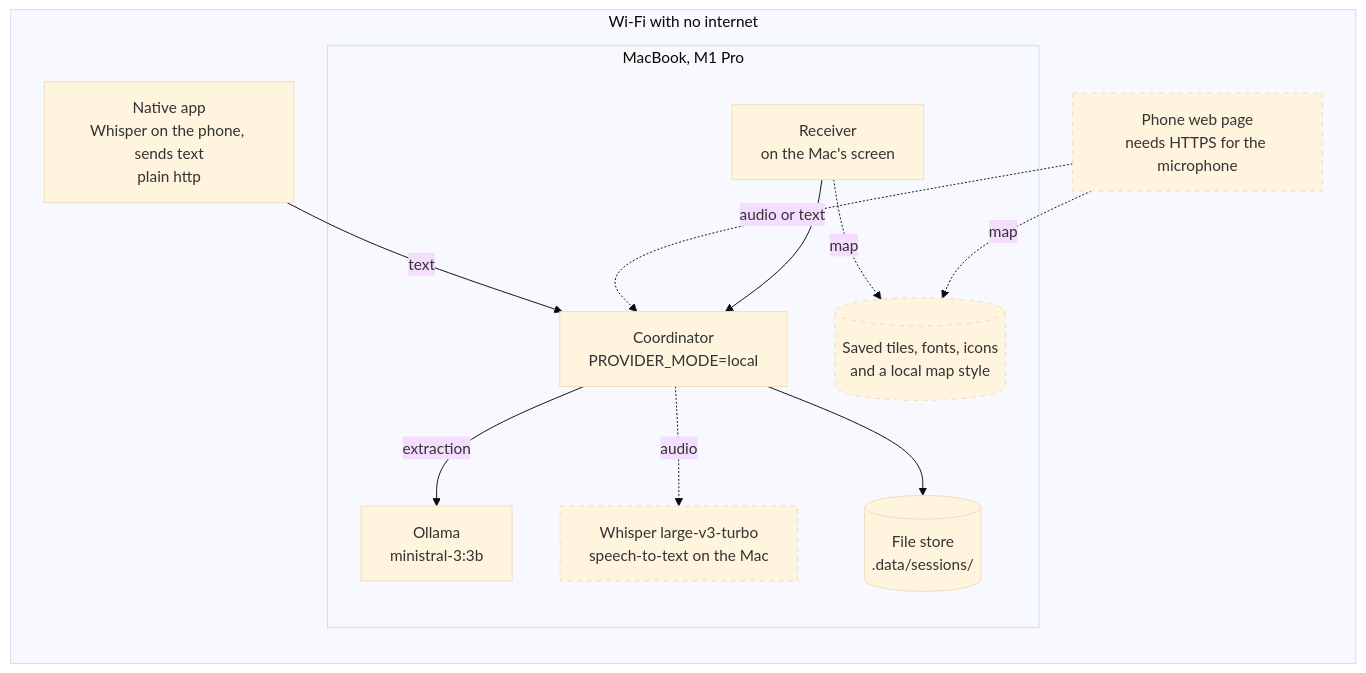
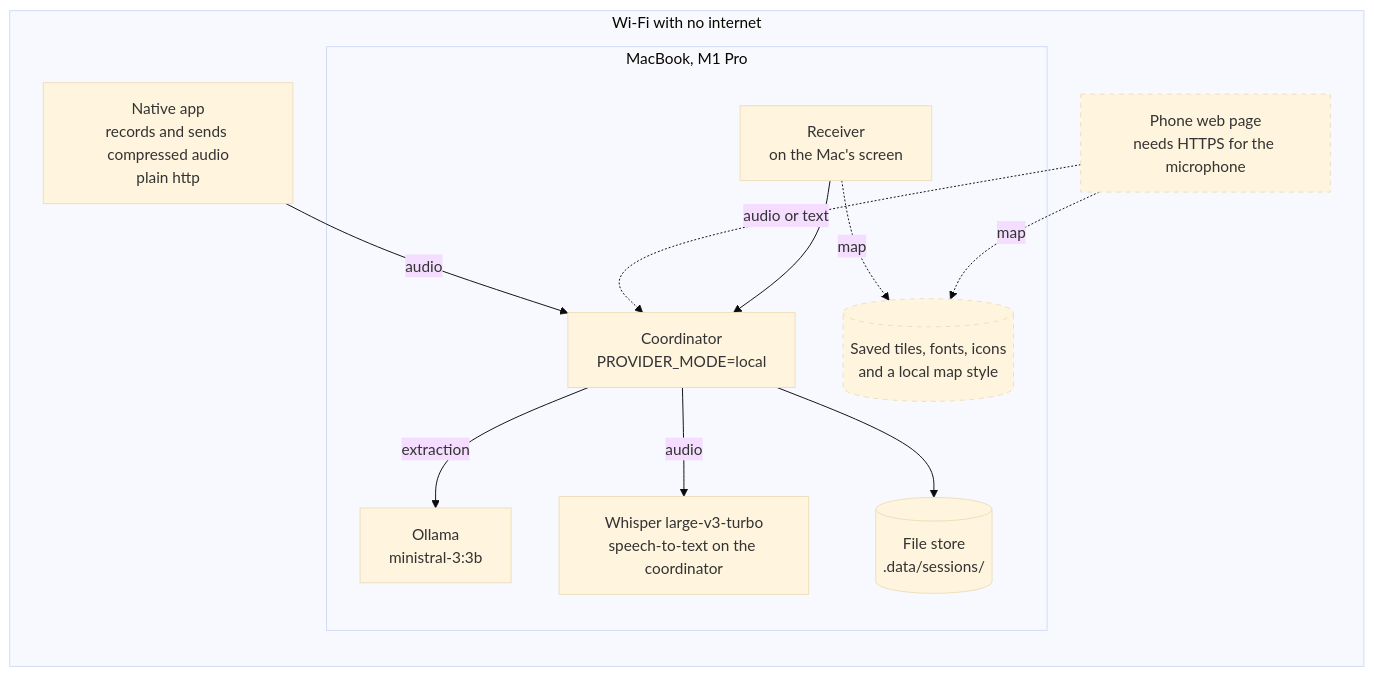
Before and after one commit to adam2765/edth-hackathon: the fifth of 5 diagrams in docs/plan.md, drawn with Mermaid (base theme). The commit also changed other lines of this file and 33 other files, not shown here.

First line of the commit message:
Move phone transcription to managed coordinator Whisper

````diff
--- a/docs/plan.md
+++ b/docs/plan.md
@@ -272,26 +272,26 @@
 ```mermaid
 flowchart LR
     subgraph NET["Wi-Fi with no internet"]
-        NAT["Native app<br/>Whisper on the phone, sends text<br/>plain http"]
+        NAT["Native app<br/>records and sends compressed audio<br/>plain http"]
         WEB["Phone web page<br/>needs HTTPS for the microphone"]:::todo
         subgraph MAC["MacBook, M1 Pro"]
             CO["Coordinator<br/>PROVIDER_MODE=local"]
             OLL["Ollama<br/>ministral-3:3b"]
-            WHS["Whisper large-v3-turbo<br/>speech-to-text on the Mac"]:::todo
+            WHS["Whisper large-v3-turbo<br/>speech-to-text on the coordinator"]
             ST[("File store<br/>.data/sessions/")]
             RX["Receiver<br/>on the Mac's screen"]
             TILES[("Saved tiles, fonts, icons<br/>and a local map style")]:::todo
         end
     end
 
-    NAT -- "text" --> CO
+    NAT -- "audio" --> CO
     WEB -. "audio or text" .-> CO
     CO -- "extraction" --> OLL
-    CO -. "audio" .-> WHS
+    CO -- "audio" --> WHS
     CO --> ST
     RX --> CO
     RX -. "map" .-> TILES
     WEB -. "map" .-> TILES
 
     classDef todo stroke-dasharray: 5 5
 ```
````
